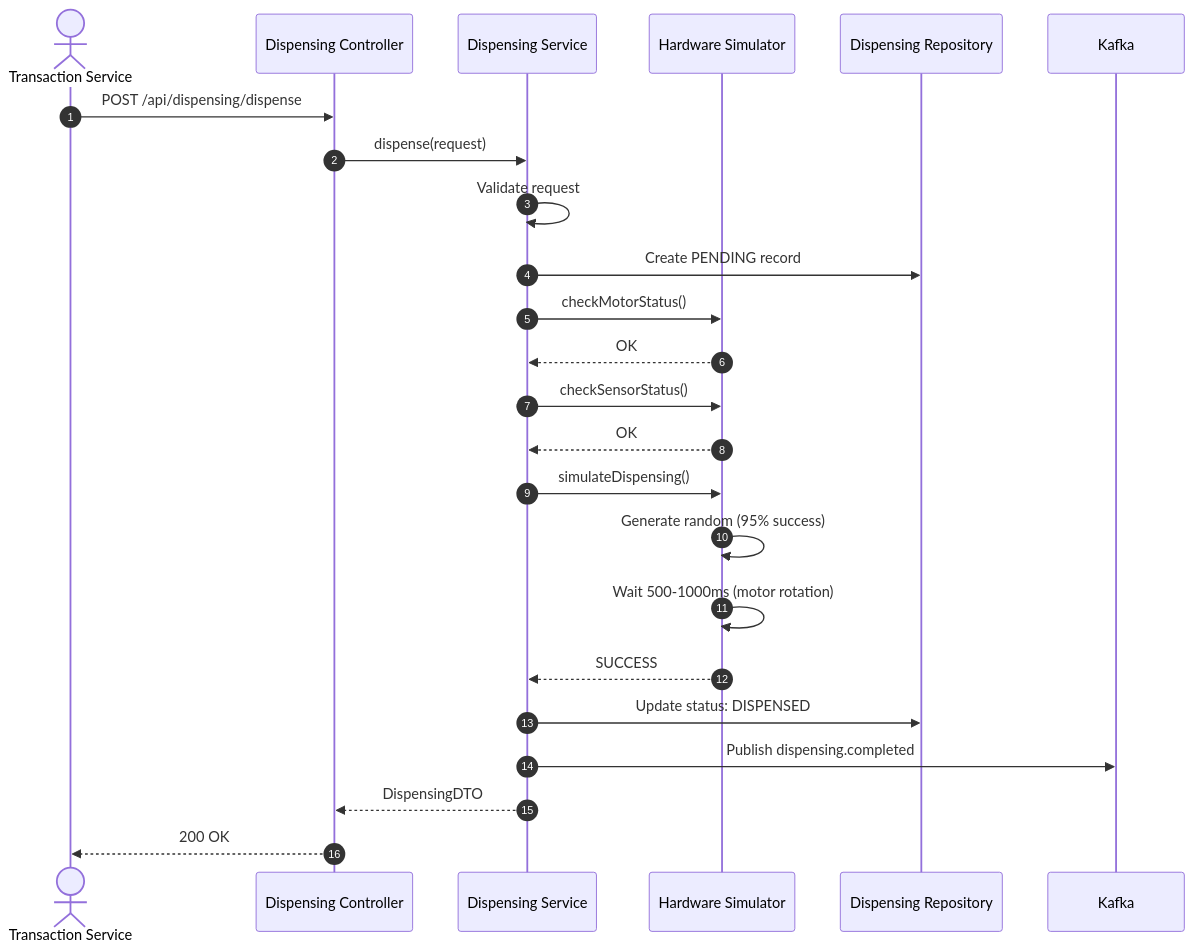
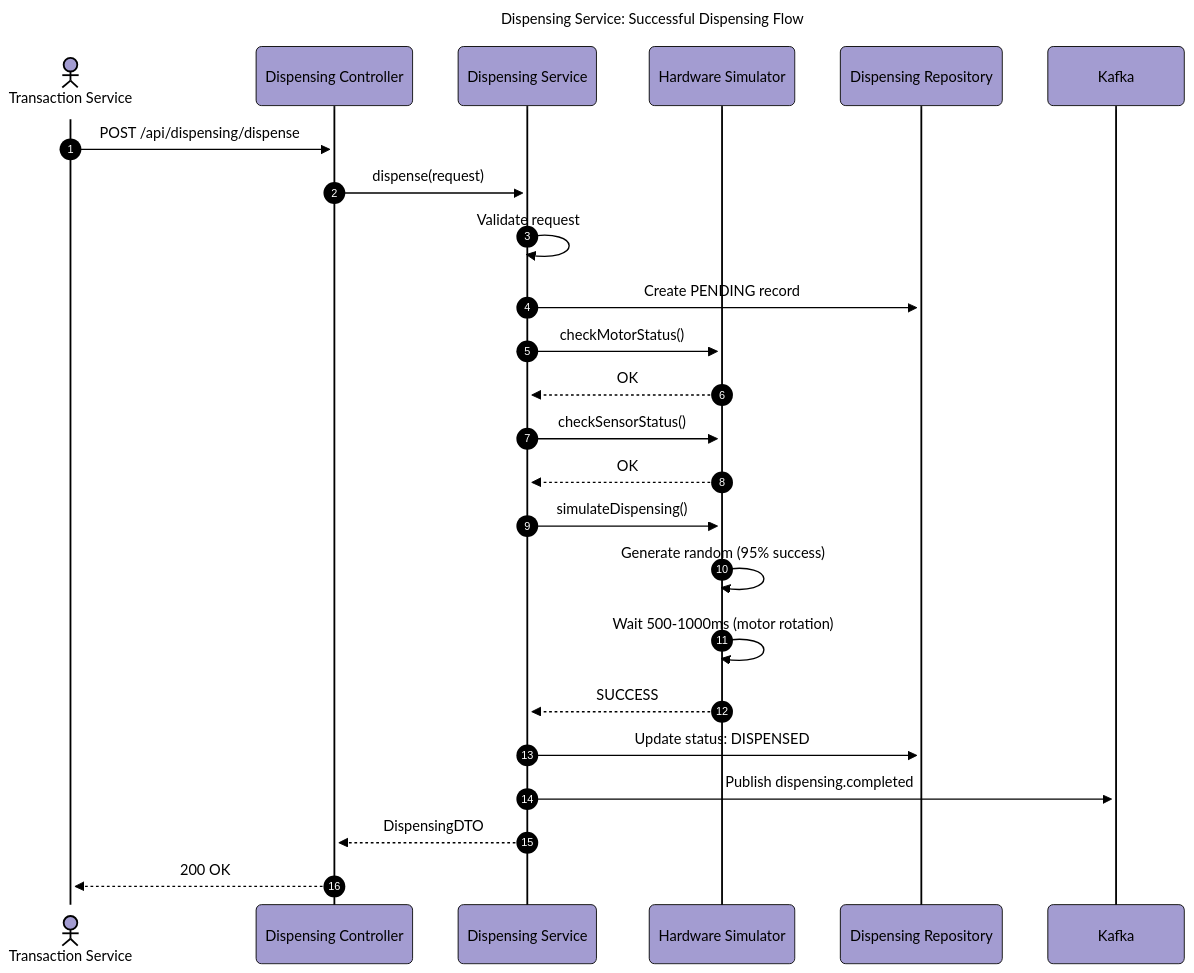
One commit to BrunoGil-AS/Vending-Machine-Microservices changed the sixth of 8 diagrams in Documentation/diagrams/dispensing-service.md. Above: the diagram before and after it, drawn with Mermaid. The commit also changed other lines of this file and 7 other files, not shown here.

Commit message:
docs: Update service diagrams with new configurations and titles

````diff
--- a/Documentation/diagrams/dispensing-service.md
+++ b/Documentation/diagrams/dispensing-service.md
@@ -245,33 +315,47 @@
 ```mermaid
+---
+config:
+  theme: base
+  themeVariables:
+    primaryColor: '#a39cd1ff'
+    primaryTextColor: '#000000'
+    secondaryTextColor: '#ffffffff'
+    primaryBorderColor: '#000000'
+    lineColor: '#000000ff'
+    secondaryColor: '#90b590ff'
+    tertiaryColor: '#f9f6a1ff'
+  look: neo
+title: 'Dispensing Service: Successful Dispensing Flow'
+---
 sequenceDiagram
     autonumber
     actor Transaction as Transaction Service
     participant Controller as Dispensing Controller
     participant Service as Dispensing Service
     participant Simulator as Hardware Simulator
     participant Repo as Dispensing Repository
     participant Kafka
 
     Transaction->>Controller: POST /api/dispensing/dispense
     Controller->>Service: dispense(request)
 
     Service->>Service: Validate request
     Service->>Repo: Create PENDING record
 
     Service->>Simulator: checkMotorStatus()
     Simulator-->>Service: OK
 
     Service->>Simulator: checkSensorStatus()
     Simulator-->>Service: OK
 
     Service->>Simulator: simulateDispensing()
     Simulator->>Simulator: Generate random (95% success)
     Simulator->>Simulator: Wait 500-1000ms (motor rotation)
     Simulator-->>Service: SUCCESS
 
     Service->>Repo: Update status: DISPENSED
     Service->>Kafka: Publish dispensing.completed
 
     Service-->>Controller: DispensingDTO
     Controller-->>Transaction: 200 OK
 ```
````
